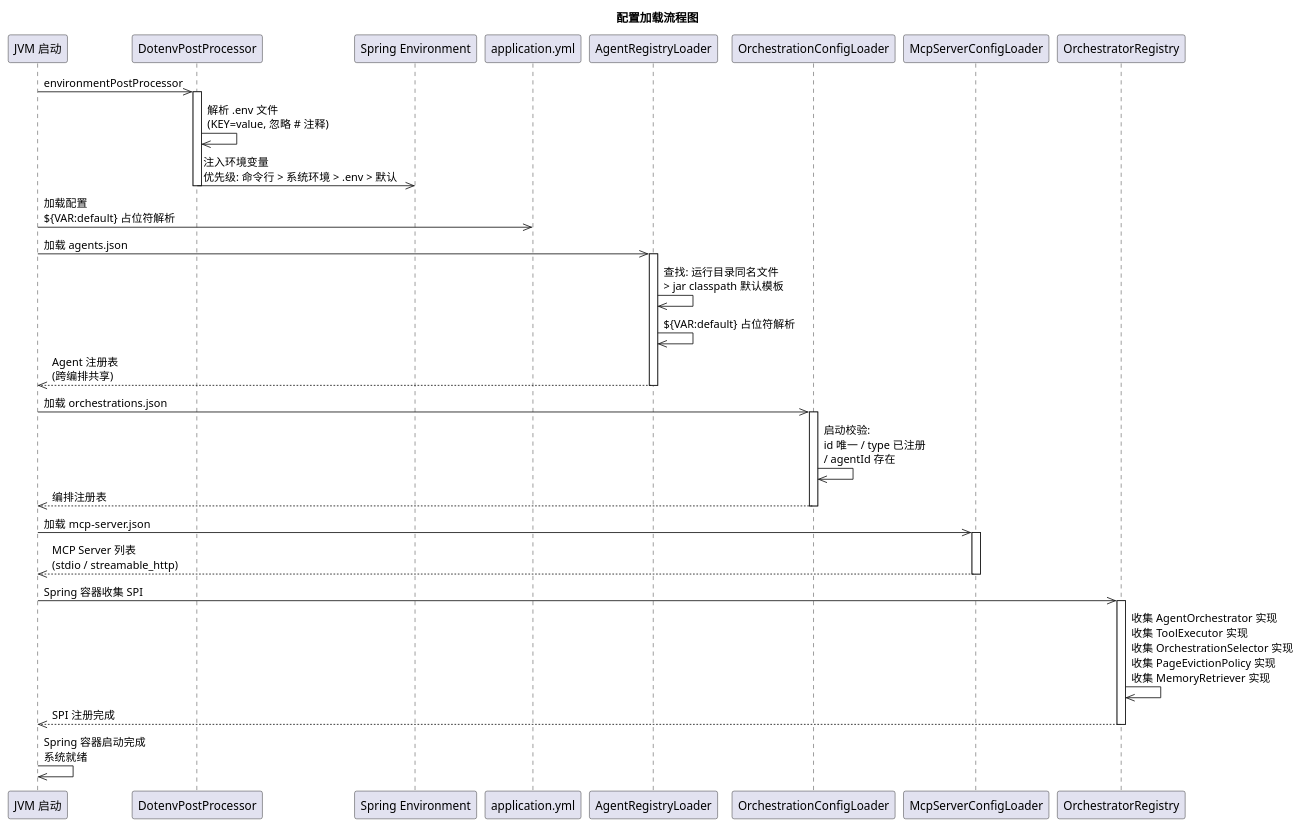
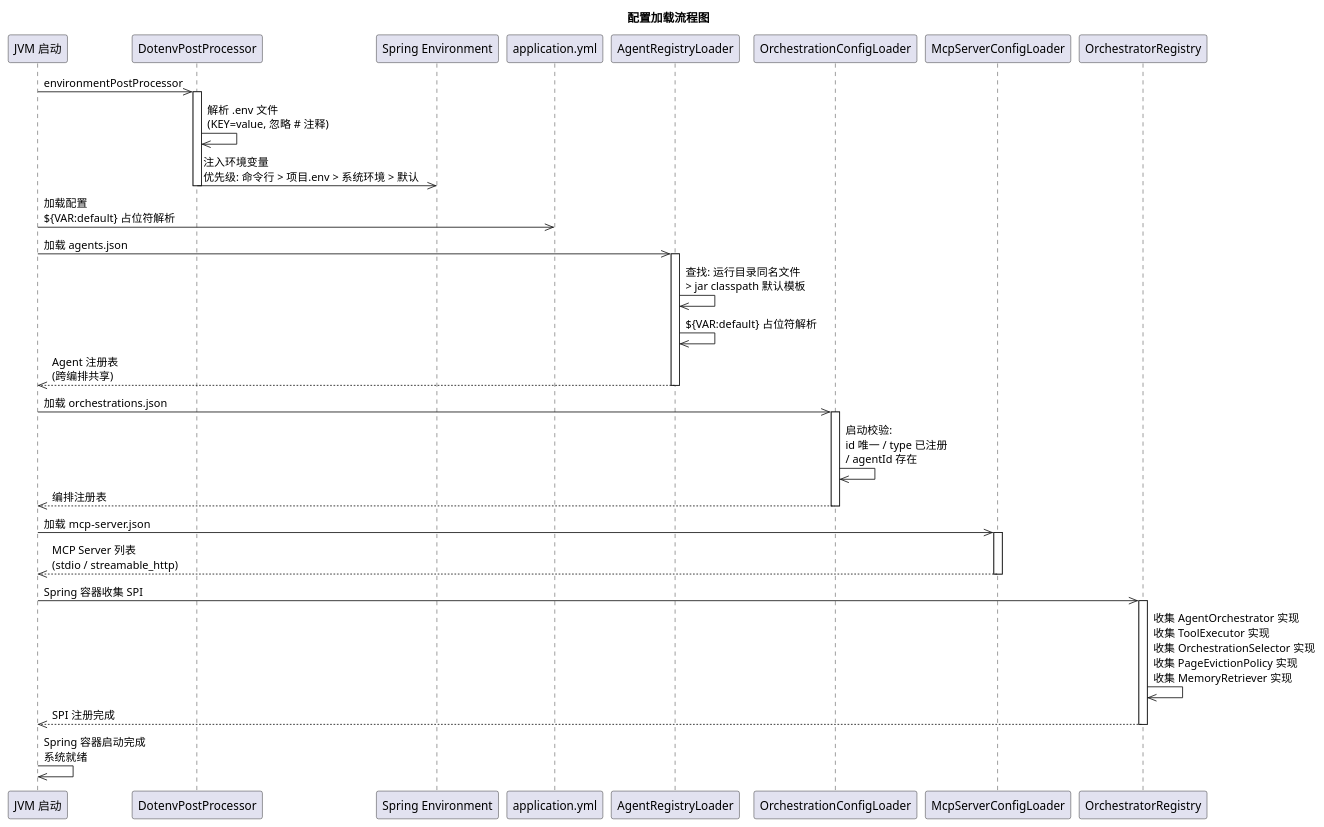
Diagram 23 of 24 in mwb-ai-claw技术方案.md (mwb1219/mwb-ai-claw), drawn with PlantUML before and after one commit. The commit also changed other lines of this file and 6 other files, not shown here.

````diff
--- a/mwb-ai-claw技术方案.md
+++ b/mwb-ai-claw技术方案.md
@@ -1795,47 +1799,47 @@
 ```plantuml
 @startuml
 title 配置加载流程图
 participant JVM as "JVM 启动"
 participant ENV as "DotenvPostProcessor"
 participant SE as "Spring Environment"
 participant YML as "application.yml"
 participant ARL as "AgentRegistryLoader"
 participant OCL as "OrchestrationConfigLoader"
 participant MCL as "McpServerConfigLoader"
 participant OR as "OrchestratorRegistry"
 
 JVM->>ENV: environmentPostProcessor
 activate ENV
 ENV->>ENV: 解析 .env 文件\n(KEY=value, 忽略 # 注释)
-ENV->>SE: 注入环境变量\n优先级: 命令行 > 系统环境 > .env > 默认
+ENV->>SE: 注入环境变量\n优先级: 命令行 > 项目.env > 系统环境 > 默认
 deactivate ENV
 
 JVM->>YML: 加载配置\n${VAR:default} 占位符解析
 
 JVM->>ARL: 加载 agents.json
 activate ARL
 ARL->>ARL: 查找: 运行目录同名文件\n> jar classpath 默认模板
 ARL->>ARL: ${VAR:default} 占位符解析
 ARL-->>JVM: Agent 注册表\n(跨编排共享)
 deactivate ARL
 
 JVM->>OCL: 加载 orchestrations.json
 activate OCL
 OCL->>OCL: 启动校验:\nid 唯一 / type 已注册\n/ agentId 存在
 OCL-->>JVM: 编排注册表
 deactivate OCL
 
 JVM->>MCL: 加载 mcp-server.json
 activate MCL
 MCL-->>JVM: MCP Server 列表\n(stdio / streamable_http)
 deactivate MCL
 
 JVM->>OR: Spring 容器收集 SPI
 activate OR
 OR->>OR: 收集 AgentOrchestrator 实现\n收集 ToolExecutor 实现\n收集 OrchestrationSelector 实现\n收集 PageEvictionPolicy 实现\n收集 MemoryRetriever 实现
 OR-->>JVM: SPI 注册完成
 deactivate OR
 
 JVM->>JVM: Spring 容器启动完成\n系统就绪
 @enduml
 ```
````
